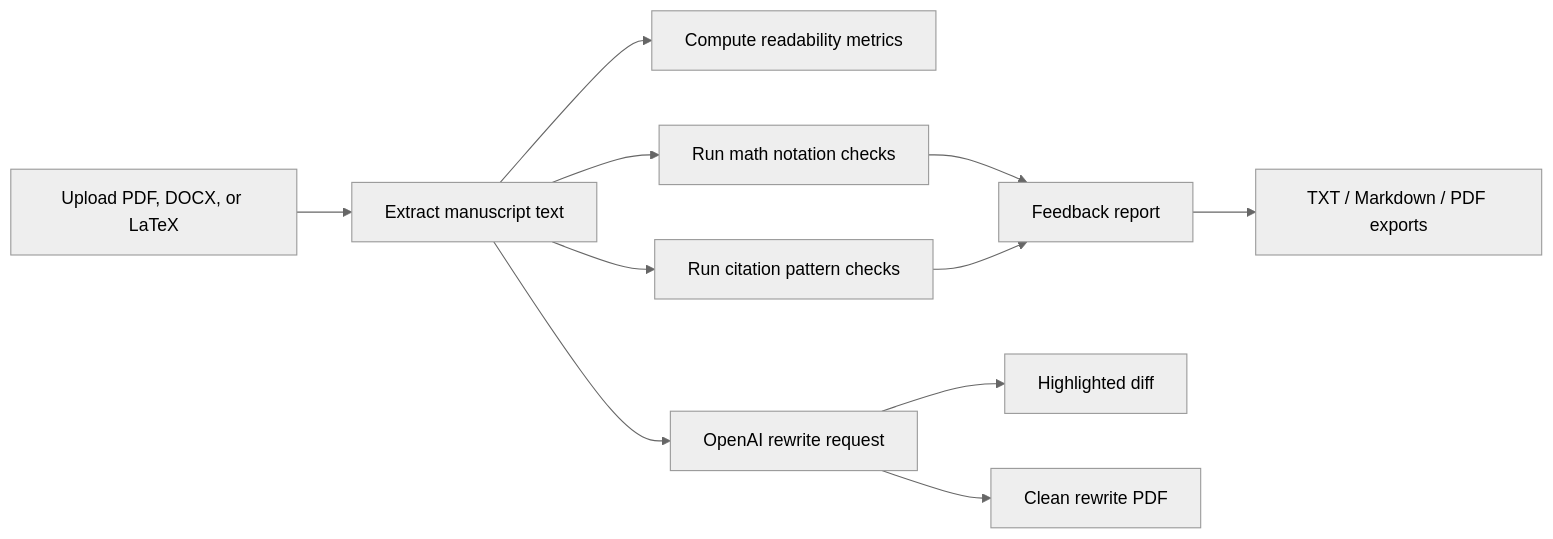
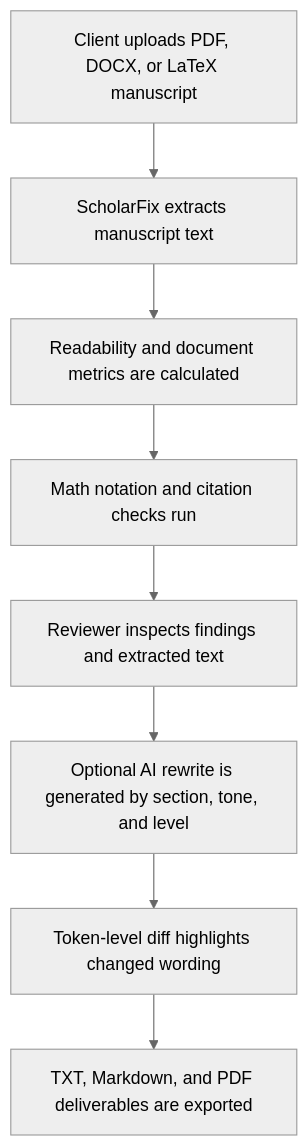
One commit to drmshoaib/ScholarFix changed the diagram in README.md. Above: the diagram before and after it, drawn with Mermaid (neutral theme). The commit also changed other lines of this file and 3 other files, not shown here.

````diff
--- a/README.md
+++ b/README.md
@@ -40,13 +66,10 @@
 ```mermaid
-flowchart LR
-    A["Upload PDF, DOCX, or LaTeX"] --> B["Extract manuscript text"]
-    B --> C["Compute readability metrics"]
-    B --> D["Run math notation checks"]
-    B --> E["Run citation pattern checks"]
-    B --> F["OpenAI rewrite request"]
-    D --> G["Feedback report"]
-    E --> G
-    F --> H["Highlighted diff"]
-    F --> I["Clean rewrite PDF"]
-    G --> J["TXT / Markdown / PDF exports"]
+flowchart TD
+    A["Client uploads PDF, DOCX, or LaTeX manuscript"] --> B["ScholarFix extracts manuscript text"]
+    B --> C["Readability and document metrics are calculated"]
+    C --> D["Math notation and citation checks run"]
+    D --> E["Reviewer inspects findings and extracted text"]
+    E --> F["Optional AI rewrite is generated by section, tone, and level"]
+    F --> G["Token-level diff highlights changed wording"]
+    G --> H["TXT, Markdown, and PDF deliverables are exported"]
 ```
````
